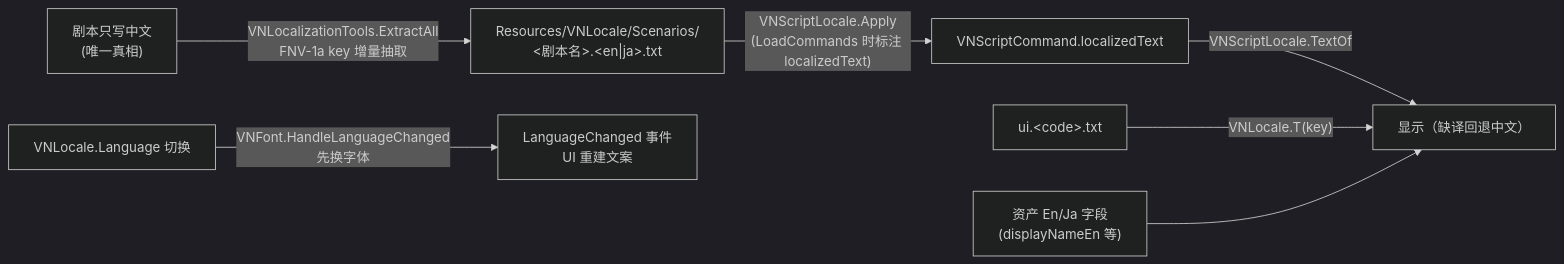
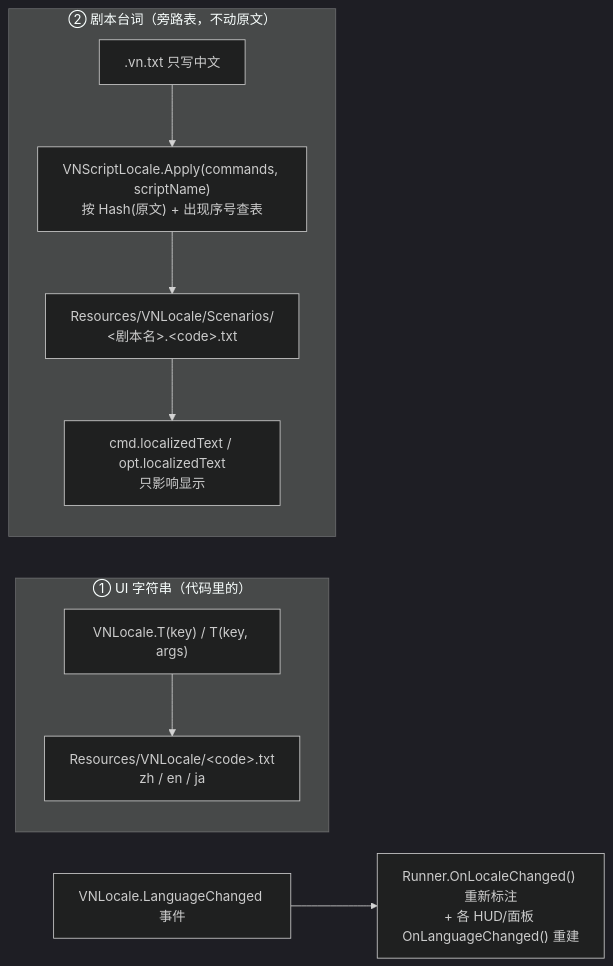
Before and after one commit to cgenko0729-oss/vnovelProject: diagram 13 of 15 in CodebaseAnaylze.md, drawn with Mermaid (dark theme). The commit also changed other lines of this file and 222 other files, not shown here.

````diff
--- a/CodebaseAnaylze.md
+++ b/CodebaseAnaylze.md
@@ -692,9 +1687,12 @@
 ```mermaid
 flowchart LR
-    SRC["剧本只写中文<br/>(唯一真相)"] -->|"VNLocalizationTools.ExtractAll<br/>FNV-1a key 增量抽取"| TBL["Resources/VNLocale/Scenarios/<br/>&lt;剧本名&gt;.&lt;en|ja&gt;.txt"]
-    TBL -->|"VNScriptLocale.Apply<br/>(LoadCommands 时标注 localizedText)"| CMD["VNScriptCommand.localizedText"]
-    CMD -->|"VNScriptLocale.TextOf"| SHOW["显示（缺译回退中文）"]
-    UI["ui.&lt;code&gt;.txt"] -->|"VNLocale.T(key)"| SHOW
-    ASSET["资产 En/Ja 字段<br/>(displayNameEn 等)"] --> SHOW
-    LANG["VNLocale.Language 切换"] -->|"VNFont.HandleLanguageChanged<br/>先换字体"| EVT["LanguageChanged 事件<br/>UI 重建文案"]
+    subgraph 轨1["① UI 字符串（代码里的）"]
+        A["VNLocale.T(key) / T(key, args)"] --> B["Resources/VNLocale/&lt;code&gt;.txt<br/>zh / en / ja"]
+    end
+    subgraph 轨2["② 剧本台词（旁路表，不动原文）"]
+        C[".vn.txt 只写中文"] --> D["VNScriptLocale.Apply(commands, scriptName)<br/>按 Hash(原文) + 出现序号查表"]
+        D --> E["Resources/VNLocale/Scenarios/<br/>&lt;剧本名&gt;.&lt;code&gt;.txt"]
+        E --> F["cmd.localizedText / opt.localizedText<br/>只影响显示"]
+    end
+    G["VNLocale.LanguageChanged 事件"] --> H["Runner.OnLocaleChanged() 重新标注<br/>+ 各 HUD/面板 OnLanguageChanged() 重建"]
 ```
````
